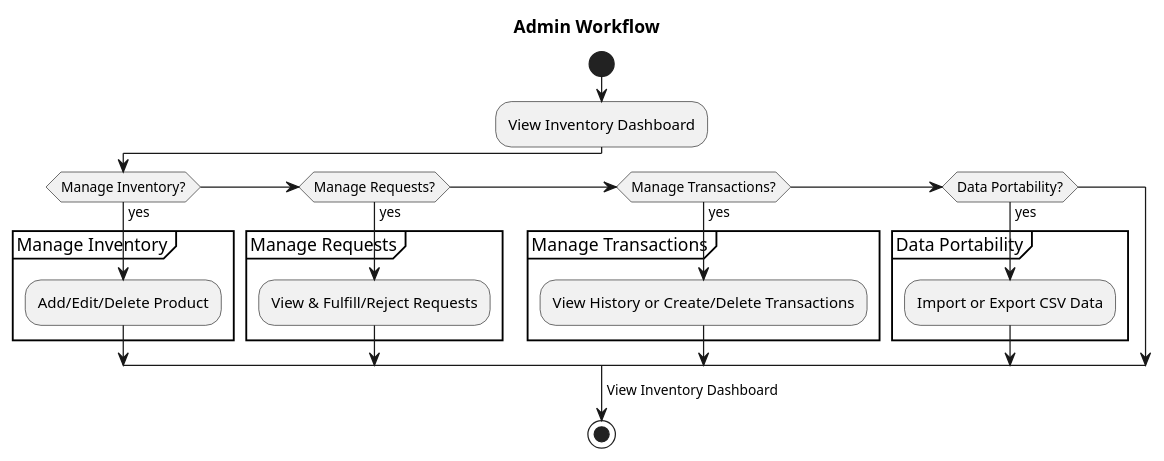
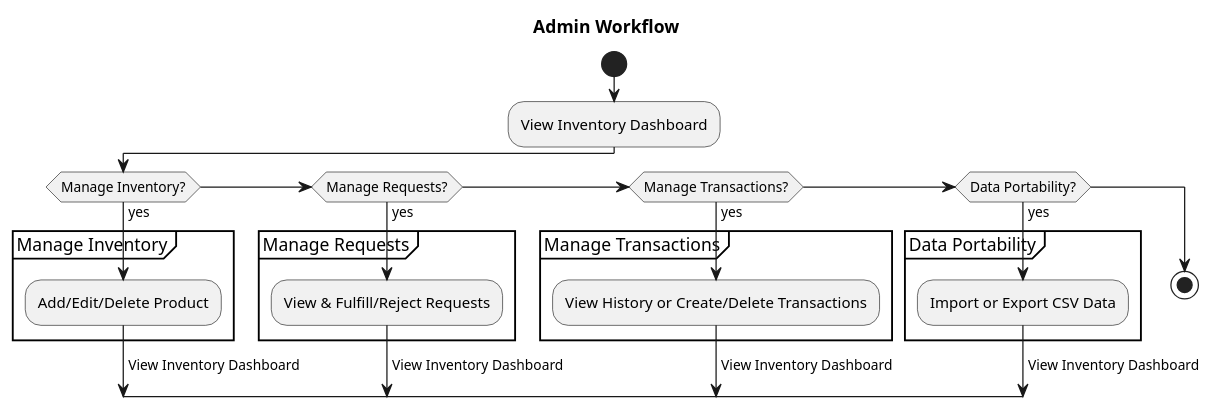
The first of 2 diagrams in src/PROCESS_DIAGRAM.md (anubhav-vij/HULLC_Inventory_System), drawn with PlantUML before and after one commit. The commit also changed other lines of this file, not shown here.

Commit message:
No I meant that the actions taken under each case is good but after the

````diff
--- a/src/PROCESS_DIAGRAM.md
+++ b/src/PROCESS_DIAGRAM.md
@@ -7,32 +7,34 @@
 ```plantuml
 @startuml
 title Admin Workflow
 start
 
 'The user is assumed to be logged in as an Admin.
 
 :View Inventory Dashboard;
 
 if (Manage Inventory?) then (yes)
   partition "Manage Inventory" {
     :Add/Edit/Delete Product;
   }
+  -> View Inventory Dashboard;
 elseif (Manage Requests?) then (yes)
   partition "Manage Requests" {
     :View & Fulfill/Reject Requests;
   }
+  -> View Inventory Dashboard;
 elseif (Manage Transactions?) then (yes)
   partition "Manage Transactions" {
     :View History or Create/Delete Transactions;
   }
+  -> View Inventory Dashboard;
 elseif (Data Portability?) then (yes)
    partition "Data Portability" {
     :Import or Export CSV Data;
    }
+   -> View Inventory Dashboard;
+else
+  stop
 endif
-
--> View Inventory Dashboard;
-
-stop
 @enduml
 ```
````
